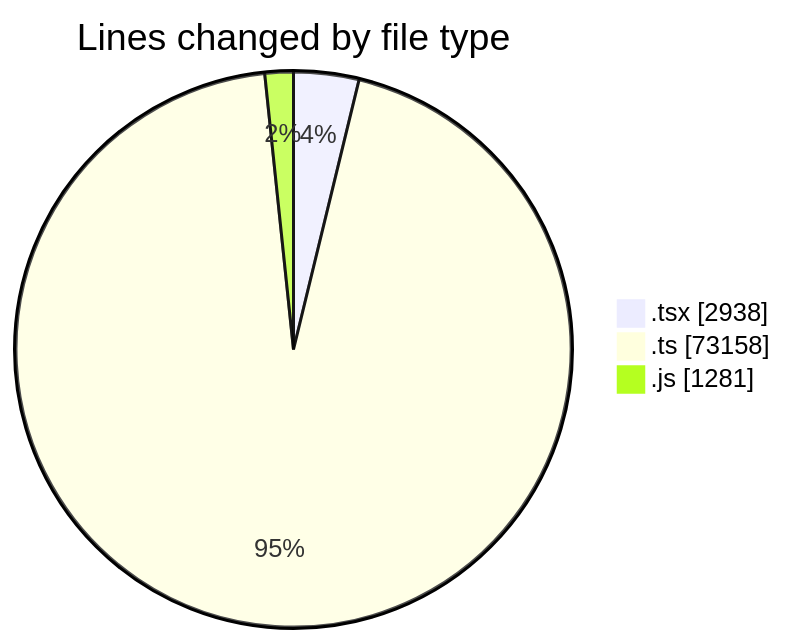
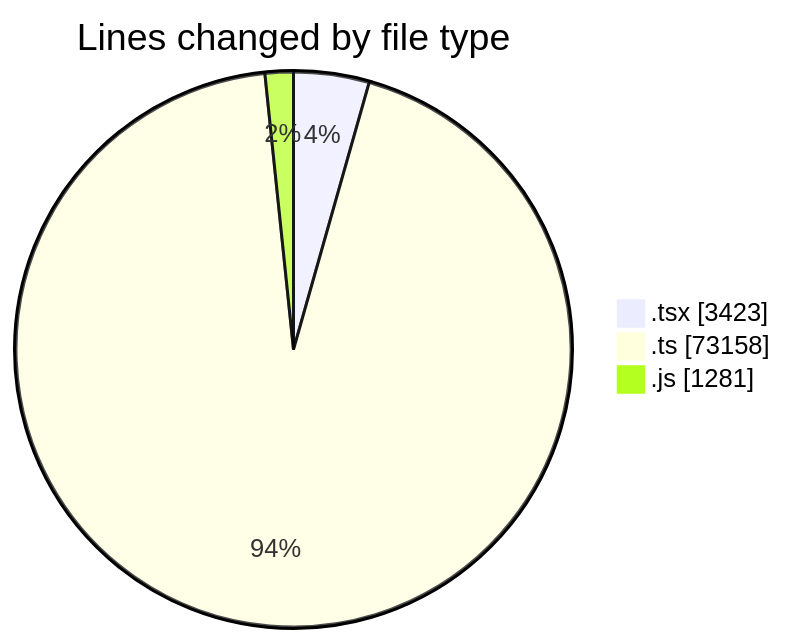
One commit to momahboobian/code-tracking changed the first of 2 diagrams in 2026-11-09/cda/README.md. Above: the diagram before and after it, drawn with Mermaid. The commit also changed other lines of this file and 1 other file, not shown here.

````diff
--- a/2026-11-09/cda/README.md
+++ b/2026-11-09/cda/README.md
@@ -52,7 +54,7 @@
 ```mermaid
 pie showData
 title Lines changed by file type
-".tsx" : 2938
+".tsx" : 3423
 ".ts" : 73158
 ".js" : 1281
 ```
````
